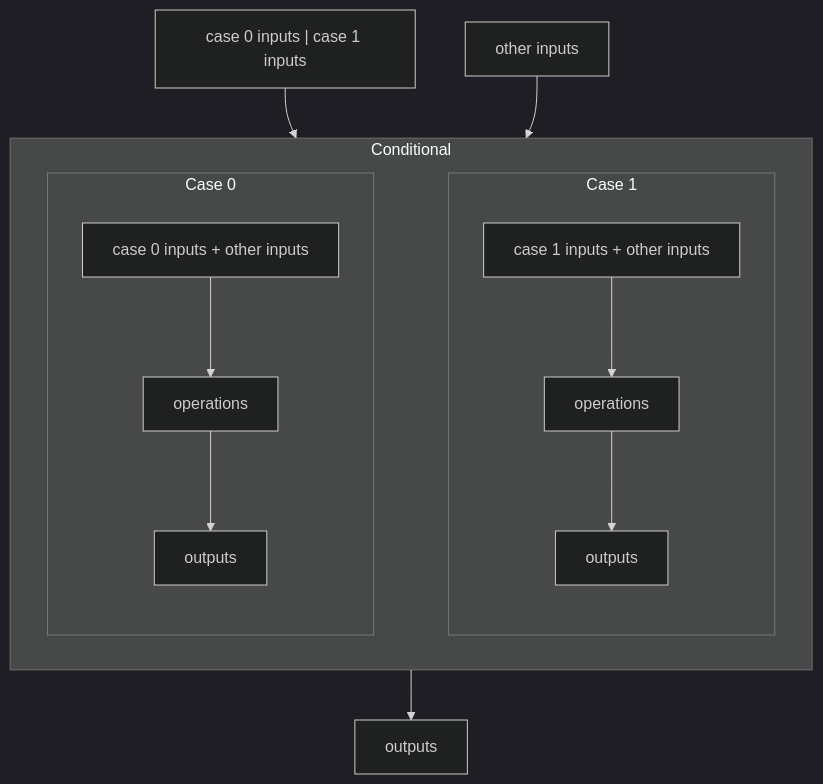
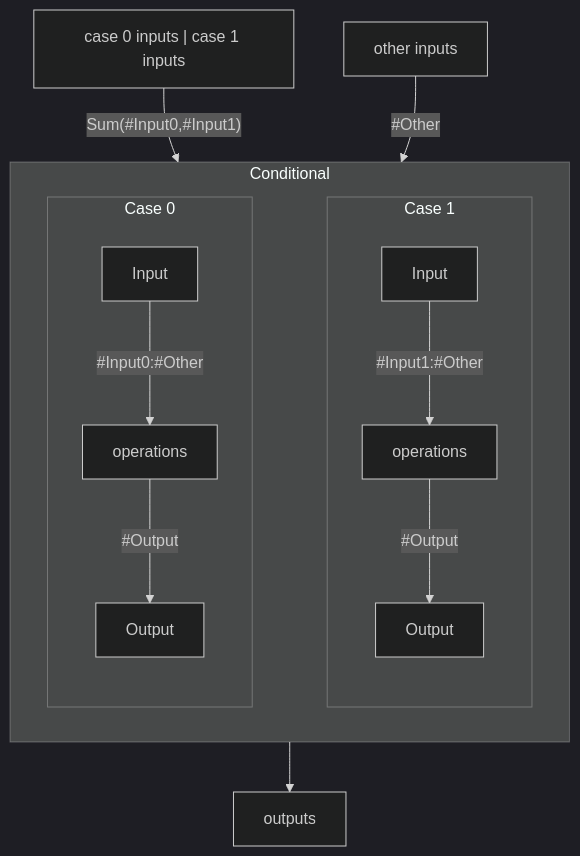
Before and after one commit to Quantinuum/hugr: the third of 7 diagrams in specification/hugr.md, drawn with Mermaid (dark theme).

Commit message:
Rejig conditional diagram as well

````diff
--- a/specification/hugr.md
+++ b/specification/hugr.md
@@ -355,18 +355,18 @@
 ```mermaid
 flowchart
     subgraph Conditional
         direction LR
         subgraph Case0["Case 0"]
-            C0I["case 0 inputs + other inputs"] --> op0["operations"]
-            op0 --> C0O["outputs"]
+            C0I["Input"] --#Input0:#Other--> op0["operations"]
+            op0 --#Output--> C0O["Output"]
         end
         subgraph Case1["Case 1"]
-            C1I["case 1 inputs + other inputs"] --> op1["operations"]
-            op1 --> C1O["outputs"]
+            C1I["Input"] --#Input1:#Other--> op1["operations"]
+            op1 --#Output--> C1O["Output"]
         end
         Case0 ~~~ Case1
     end
-    Sum["case 0 inputs | case 1 inputs"] --> Conditional
-    OI["other inputs"] --> Conditional
+    Sum["case 0 inputs | case 1 inputs"] --Sum(#Input0,#Input1)--> Conditional
+    OI["other inputs"] --#Other--> Conditional
     Conditional --> outputs
 ```
````
